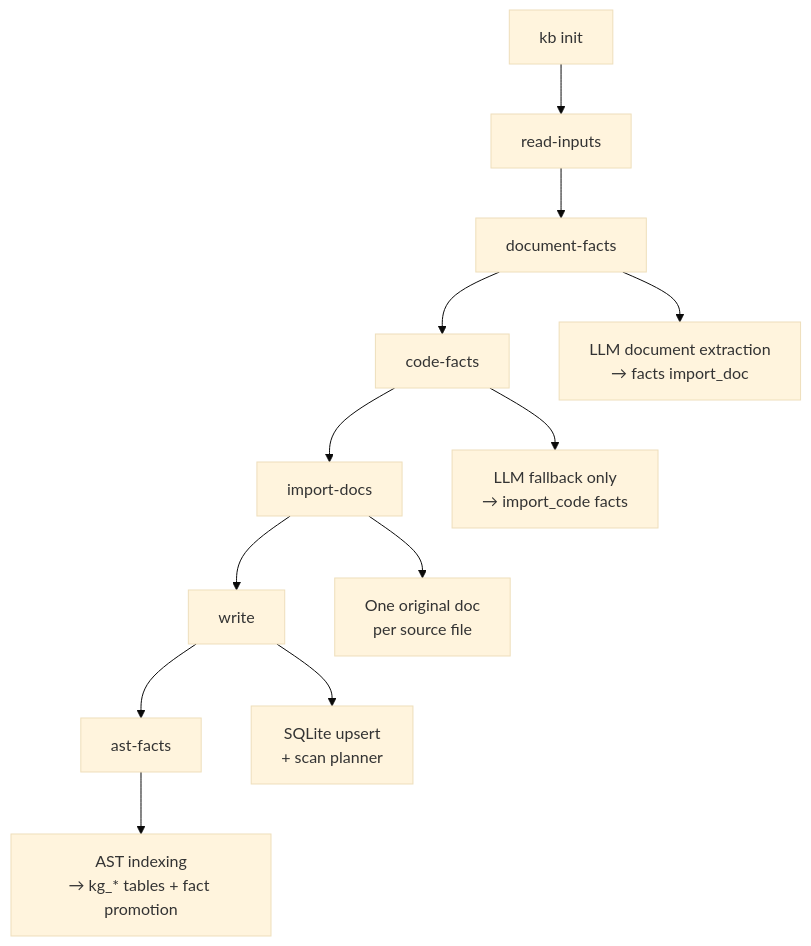
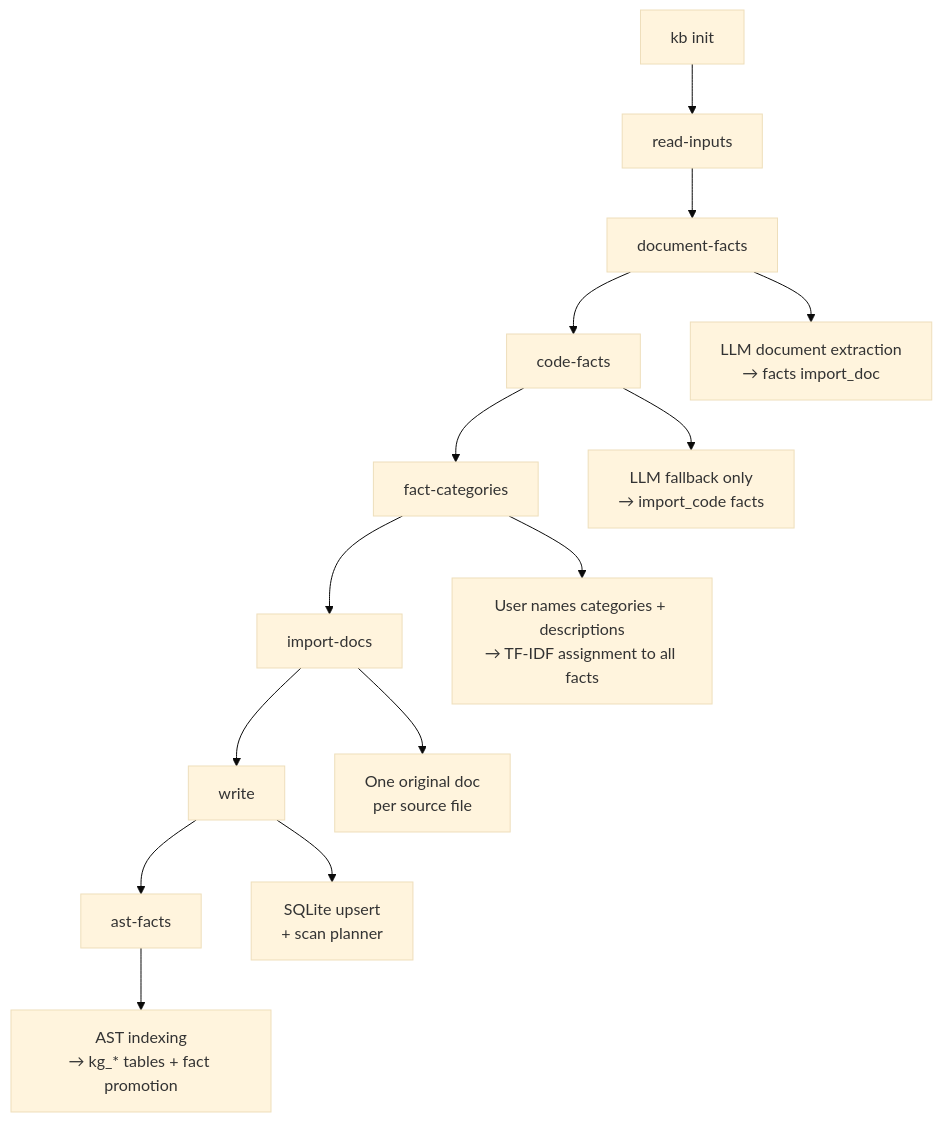
Before and after one commit to rosenjcb/kb: the second of 2 diagrams in src/core/INIT.md, drawn with Mermaid (base theme). The commit also changed other lines of this file and 23 other files, not shown here.

````diff
--- a/src/core/INIT.md
+++ b/src/core/INIT.md
@@ -30,15 +30,17 @@
 ```mermaid
 flowchart TD
     A[kb init] --> R[read-inputs]
     R --> MF[document-facts]
     MF --> CF[code-facts]
-    CF --> IM[import-docs]
+    CF --> FC[fact-categories]
+    FC --> IM[import-docs]
     IM --> W[write]
     W --> AF[ast-facts]
 
     MF --> MF1["LLM document extraction\n→ facts import_doc"]
     CF --> CF1["LLM fallback only\n→ import_code facts"]
+    FC --> FC1["User names categories + descriptions\n→ TF-IDF assignment to all facts"]
     IM --> IM1["One original doc\nper source file"]
     W --> W1["SQLite upsert\n+ scan planner"]
     AF --> AF1["AST indexing\n→ kg_* tables + fact promotion"]
 ```
````
